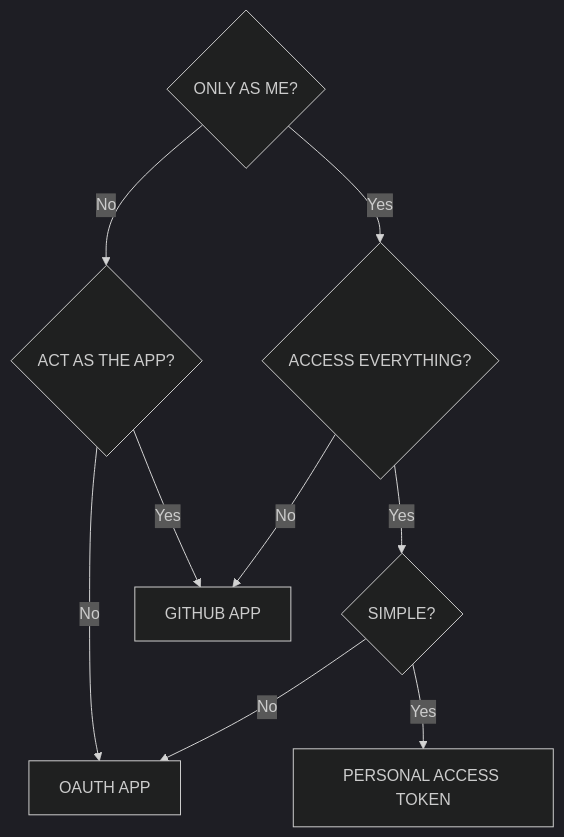
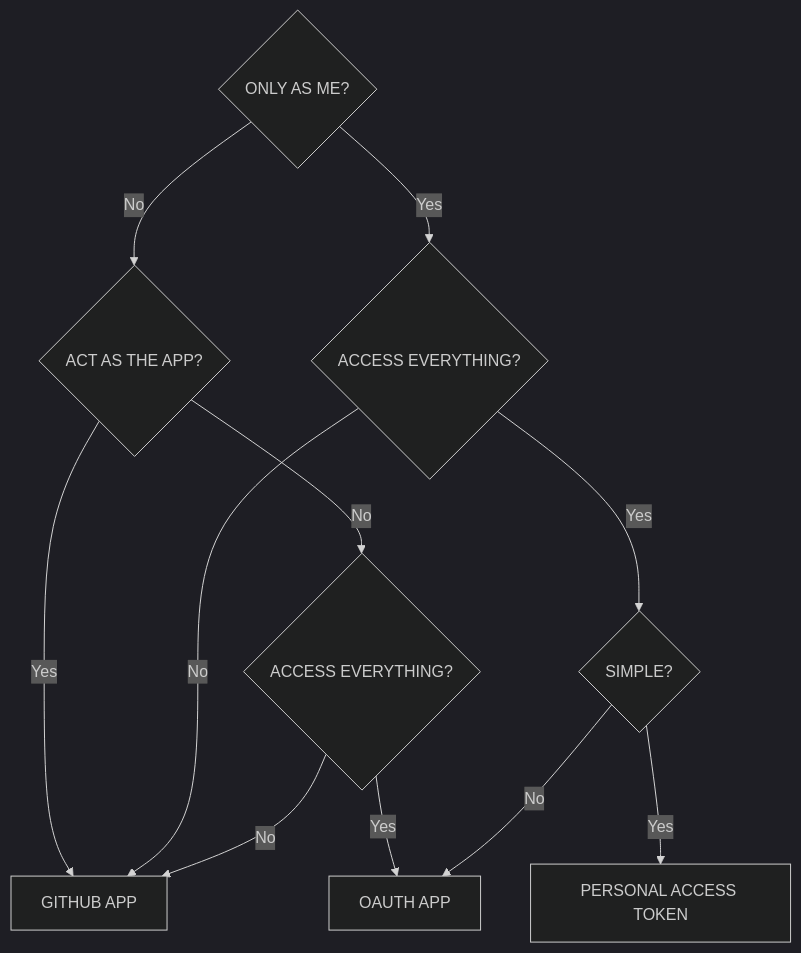
The diagram in content/developers/apps/getting-started-with-apps/about-apps.md (github/docs), drawn with Mermaid (dark theme) before and after one commit.

````diff
--- a/content/developers/apps/getting-started-with-apps/about-apps.md
+++ b/content/developers/apps/getting-started-with-apps/about-apps.md
@@ -94,19 +94,23 @@
 ```mermaid
 graph TD
     A{ONLY AS ME?}
     B{ACCESS EVERYTHING?}
     C{ACT AS THE APP?}
     D{SIMPLE?}
-    E[GITHUB APP]
-    F[OAUTH APP]
-    G[PERSONAL ACCESS TOKEN]
+    E{ACCESS EVERYTHING?}
 
+    F[GITHUB APP]
+    G[OAUTH APP]
+    H[PERSONAL ACCESS TOKEN]
+    
     A -->|No| C
     A -->|Yes| B    
     B -->|Yes| D
-    C -->|Yes| E
-    B -->|No| E
-    C -->|No| F
-    D -->|No| F
-    D -->|Yes| G
+    C -->|Yes| F
+    B -->|No| F
+    C -->|No| E
+    E -->|Yes| G
+    E -->|No| F
+    D -->|No| G
+    D -->|Yes| H
 ```
````
